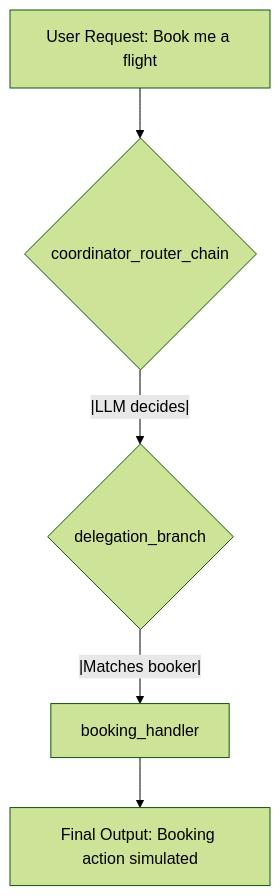
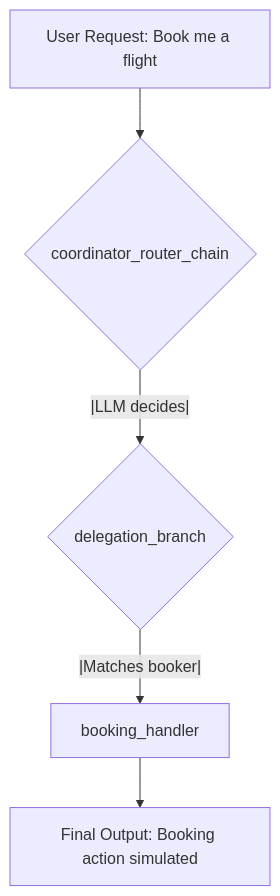
Before and after one commit to Ashjha75/MyDocs: the second of 2 diagrams in src/content/docs/context/ai-path-docs/2-routing-pattern.md, drawn with Mermaid.

Commit message:
fix: update mermaid diagram syntax in Routing Pattern documentation

````diff
--- a/src/content/docs/context/ai-path-docs/2-routing-pattern.md
+++ b/src/content/docs/context/ai-path-docs/2-routing-pattern.md
@@ -116,12 +116,9 @@
 ```mermaid
----
-config:
-  theme: forest
----
+
 graph TD
     A[User Request: Book me a flight] --> B{coordinator_router_chain};
     B --|LLM decides|--> C{delegation_branch};
     C --|Matches booker|--> D[booking_handler];
     D --> E[Final Output: Booking action simulated];
 
 ```
````
